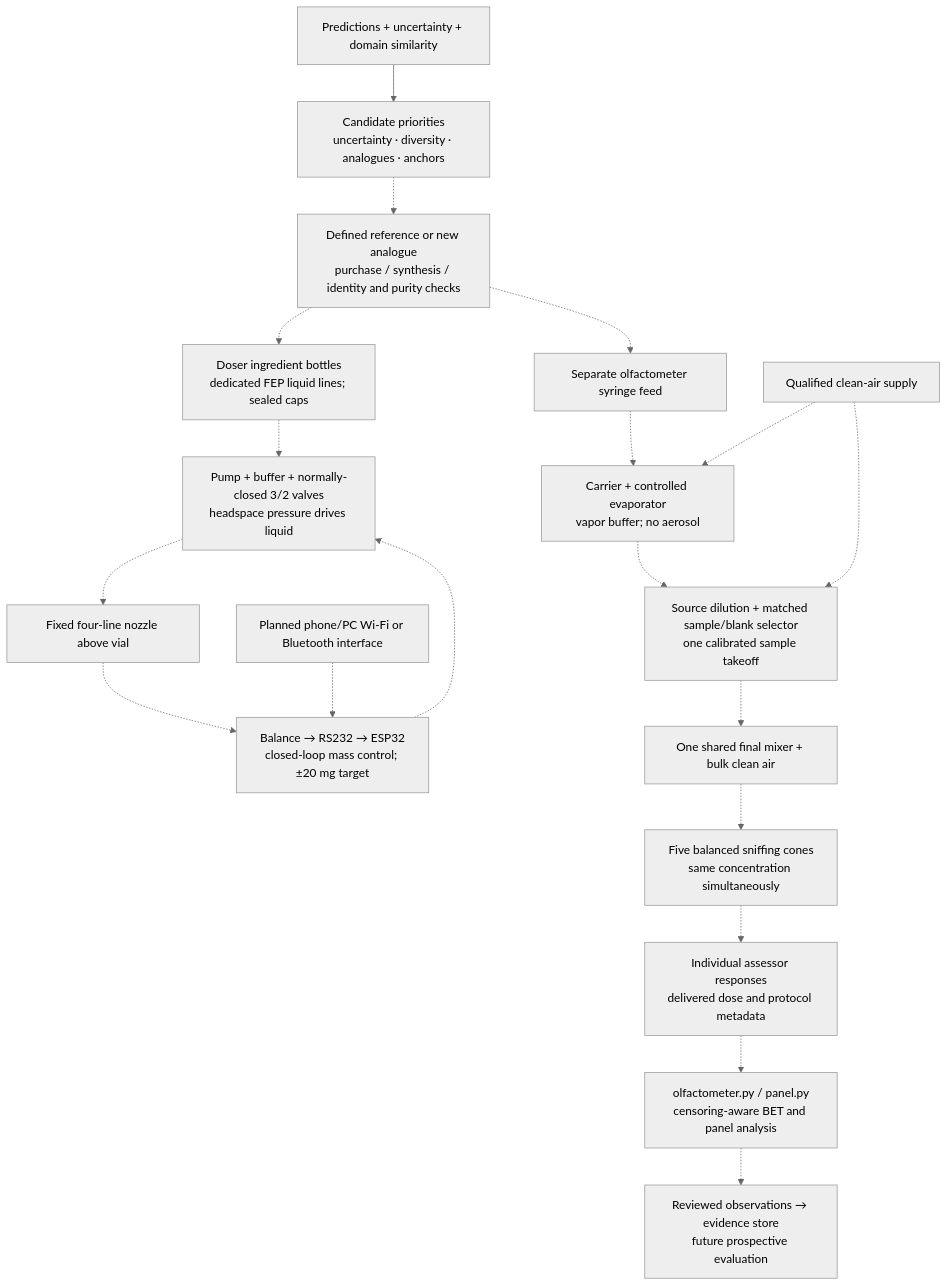
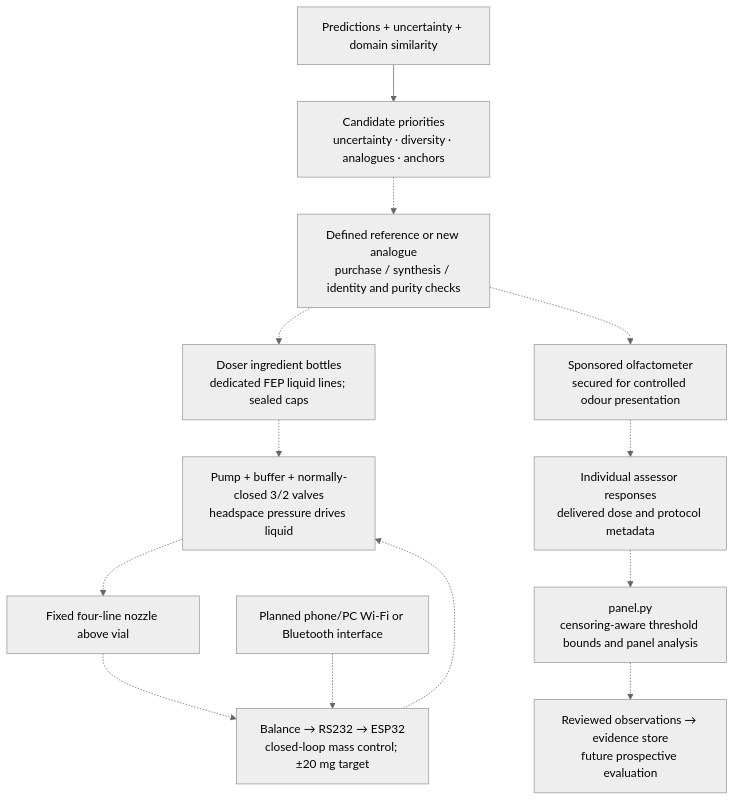
Before and after one commit to alexanderh2seo4/CalNew: the diagram in reports/project-map-2026-10-26/diagram-05.mmd, drawn with Mermaid (neutral theme). The commit also changed 25 other files, not shown here.

Commit message:
Retire DIY olfactometer plans after sponsored instrument secured

```diff
--- a/reports/project-map-2026-10-26/diagram-05.mmd
+++ b/reports/project-map-2026-10-26/diagram-05.mmd
@@ -1,19 +1,13 @@
 flowchart TD
   PRED["Predictions + uncertainty + domain similarity"] --> RANK["Candidate priorities<br/>uncertainty · diversity · analogues · anchors"]
   RANK -.-> MATERIAL["Defined reference or new analogue<br/>purchase / synthesis / identity and purity checks"]
   MATERIAL -.-> BOTTLE["Doser ingredient bottles<br/>dedicated FEP liquid lines; sealed caps"]
   BOTTLE -.-> AIR["Pump + buffer + normally-closed 3/2 valves<br/>headspace pressure drives liquid"]
   AIR -.-> NOZZLE["Fixed four-line nozzle above vial"]
   NOZZLE -.-> BAL["Balance → RS232 → ESP32<br/>closed-loop mass control; ±20 mg target"]
   BAL -.-> AIR
   UI["Planned phone/PC Wi-Fi or Bluetooth interface"] -.-> BAL
-  MATERIAL -.-> SYR["Separate olfactometer syringe feed"]
-  CLEAN["Qualified clean-air supply"] -.-> EVAP["Carrier + controlled evaporator<br/>vapor buffer; no aerosol"]
-  SYR -.-> EVAP
-  EVAP -.-> DIL["Source dilution + matched sample/blank selector<br/>one calibrated sample takeoff"]
-  CLEAN -.-> DIL
-  DIL -.-> MIX["One shared final mixer + bulk clean air"]
-  MIX -.-> CONES["Five balanced sniffing cones<br/>same concentration simultaneously"]
-  CONES -.-> RESP["Individual assessor responses<br/>delivered dose and protocol metadata"]
-  RESP -.-> BET["olfactometer.py / panel.py<br/>censoring-aware BET and panel analysis"]
+  MATERIAL -.-> OLFACT["Sponsored olfactometer<br/>secured for controlled odour presentation"]
+  OLFACT -.-> RESP["Individual assessor responses<br/>delivered dose and protocol metadata"]
+  RESP -.-> BET["panel.py<br/>censoring-aware threshold bounds and panel analysis"]
   BET -.-> REVIEW["Reviewed observations → evidence store<br/>future prospective evaluation"]
```
